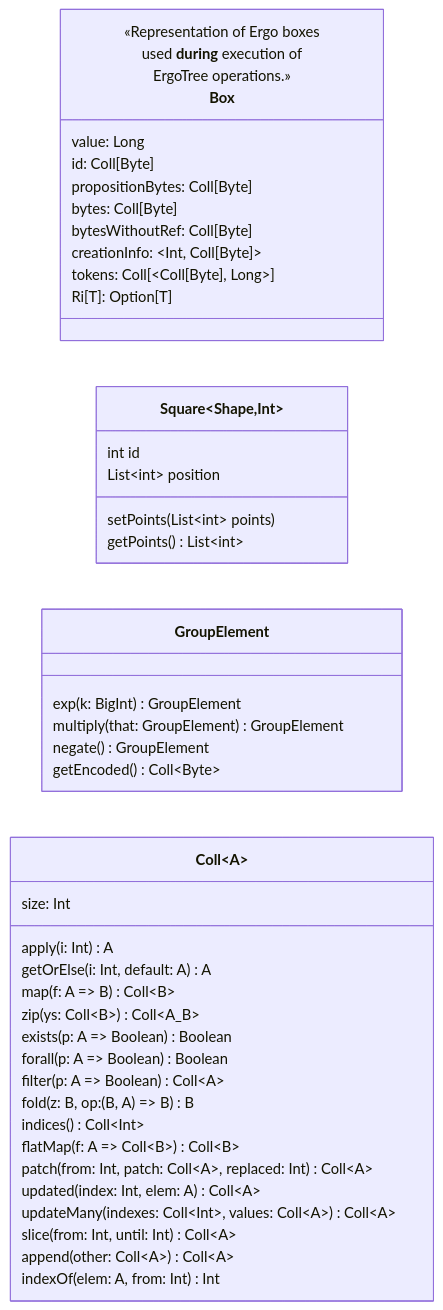
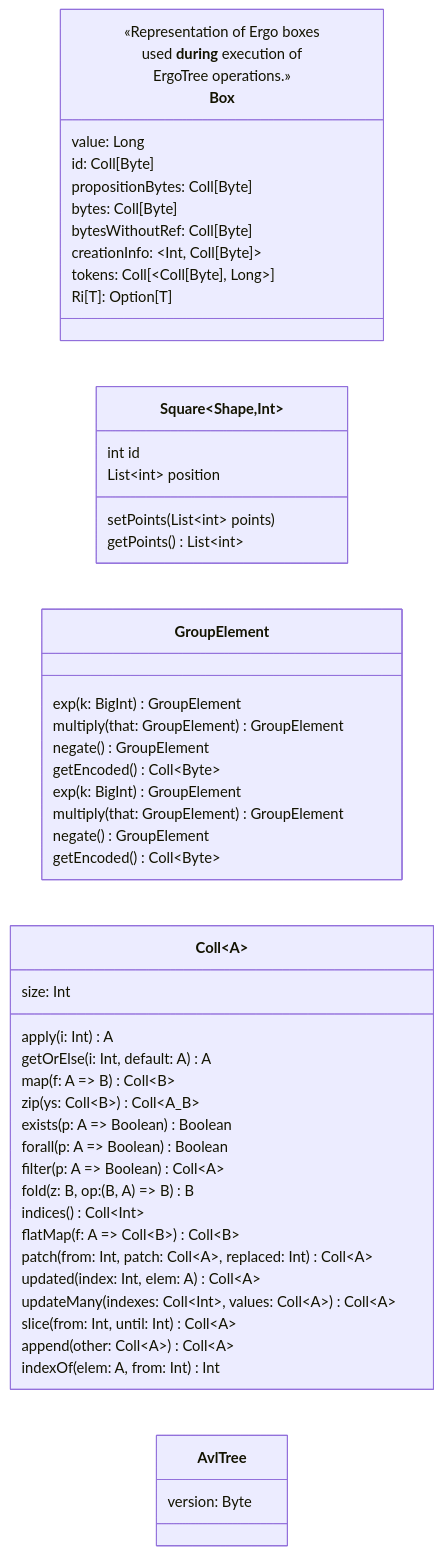
Before and after one commit to RalfWeiss/ergo-course-summary: the third of 3 diagrams in ergoscript/data-model.md, drawn with Mermaid. The commit also changed other lines of this file and 11 other files, not shown here.

Commit message:
trying different flow

````diff
--- a/ergoscript/data-model.md
+++ b/ergoscript/data-model.md
@@ -333,60 +251,72 @@
 ```mermaid
 classDiagram
 direction RL
 
 
 class Box{
   <<Representation of Ergo boxes<br /> used <b>during</b> execution of<br /> ErgoTree operations.>>
   value: Long 
   id: Coll[Byte] 
   propositionBytes: Coll[Byte]
   bytes: Coll[Byte]
   bytesWithoutRef: Coll[Byte]
   creationInfo: ~Int, Coll[Byte]~ 
   tokens: Coll[~Coll[Byte], Long~] 
   Ri[T]: Option[T]
 }
 
 %% parameterized Generics
 
 class Square~Shape,Int~{
     int id
     List~int~ position
     setPoints(List~int~ points)
     getPoints() List~int~
 }
 
 %% Base class for points on elliptic curves. 
 class GroupElement {
   exp(k: BigInt) GroupElement
   multiply(that: GroupElement) GroupElement
   negate() GroupElement
   getEncoded ( ) Coll~Byte~  
 }
 
 
 class Coll~A~ {
   size: Int
   
   apply(i: Int) A
   getOrElse(i: Int, default: A) A  
   map(f: A => B) Coll~B~
   zip(ys: Coll~B~) Coll~A_B~
 
   exists(p: A => Boolean) Boolean  
   forall(p: A => Boolean) Boolean  
   filter(p: A => Boolean) Coll~A~  
   fold(z: B, op: (B, A) => B) B
   indices() Coll~Int~
   flatMap(f: A => Coll~B~) Coll~B~
   patch(from: Int, patch: Coll~A~, replaced: Int) Coll~A~
   updated(index: Int, elem: A) Coll~A~
   updateMany(indexes: Coll~Int~, values: Coll~A~) Coll~A~
   slice(from: Int, until: Int) Coll~A~  
   append(other: Coll~A~) Coll~A~  
   indexOf(elem: A, from: Int) Int
+}
 
+
+class GroupElement {
+  exp(k: BigInt) GroupElement
+  multiply(that: GroupElement) GroupElement
+  negate() GroupElement
+  getEncoded ( ) Coll~Byte~  
+}
+
+
+class AvlTree { 
+  version: Byte 
 }
 
 
 ```
````
